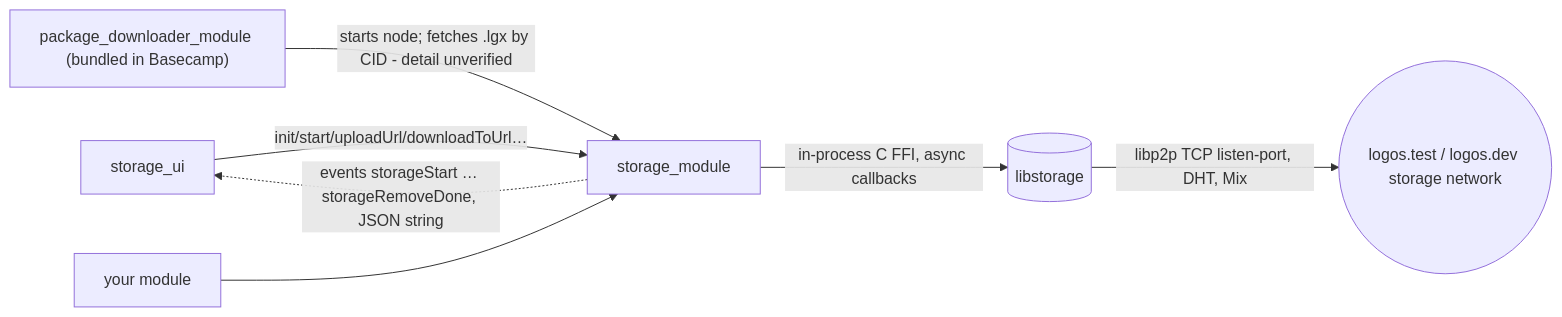
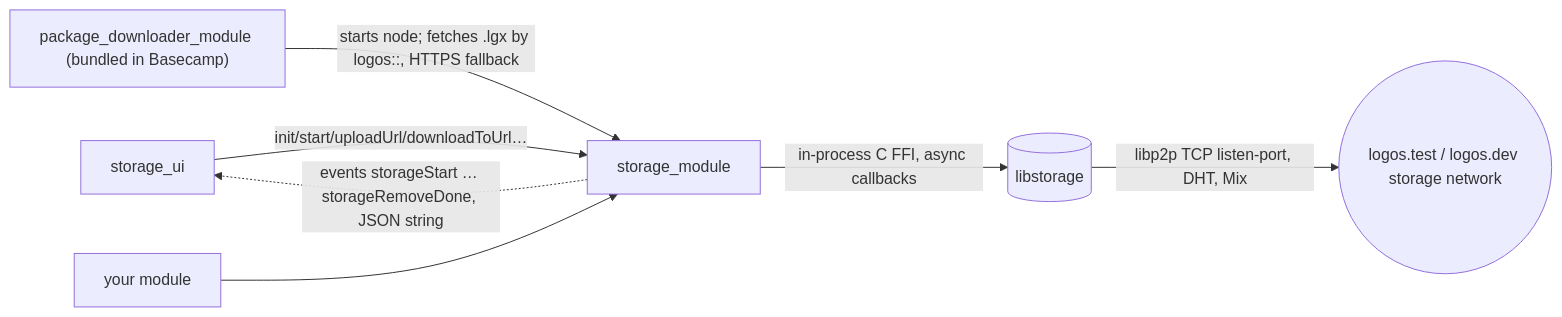
One commit to corpetty/logos-module-atlas changed the diagram in stacks/storage.md. Above: the diagram before and after it, drawn with Mermaid. The commit also changed other lines of this file and 9 other files, not shown here.

````diff
--- a/stacks/storage.md
+++ b/stacks/storage.md
@@ -41,9 +48,9 @@
 ```mermaid
 graph LR
   storage_ui -->|init/start/uploadUrl/downloadToUrl…| storage_module
-  downloader["package_downloader_module (bundled in Basecamp)"] -->|"starts node; fetches .lgx by CID - detail unverified"| storage_module
+  downloader["package_downloader_module (bundled in Basecamp)"] -->|"starts node; fetches .lgx by logos:<network>:<cid>, HTTPS fallback"| storage_module
   other["your module"] --> storage_module
   storage_module -->|in-process C FFI, async callbacks| libstorage[(libstorage)]
   libstorage -->|libp2p TCP listen-port, DHT, Mix| net((logos.test / logos.dev storage network))
   storage_module -. "events storageStart … storageRemoveDone, JSON string" .-> storage_ui
 ```
````
